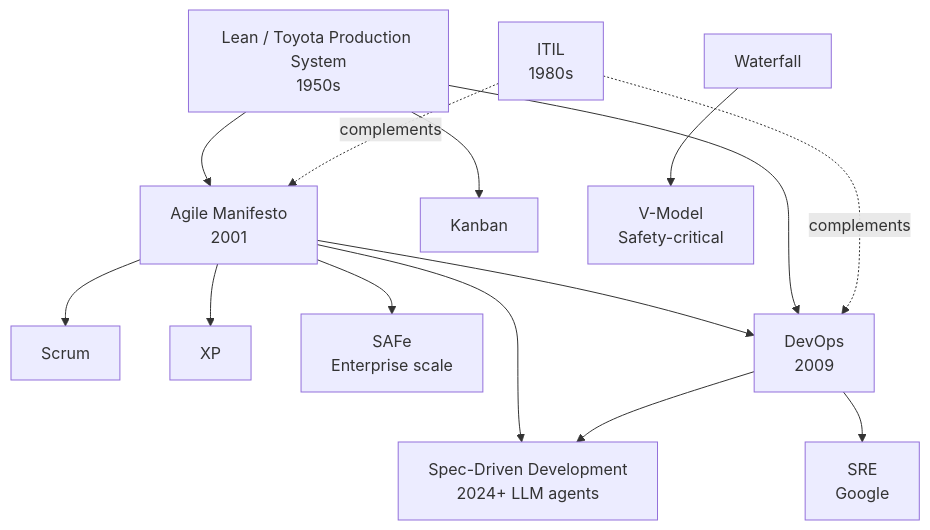
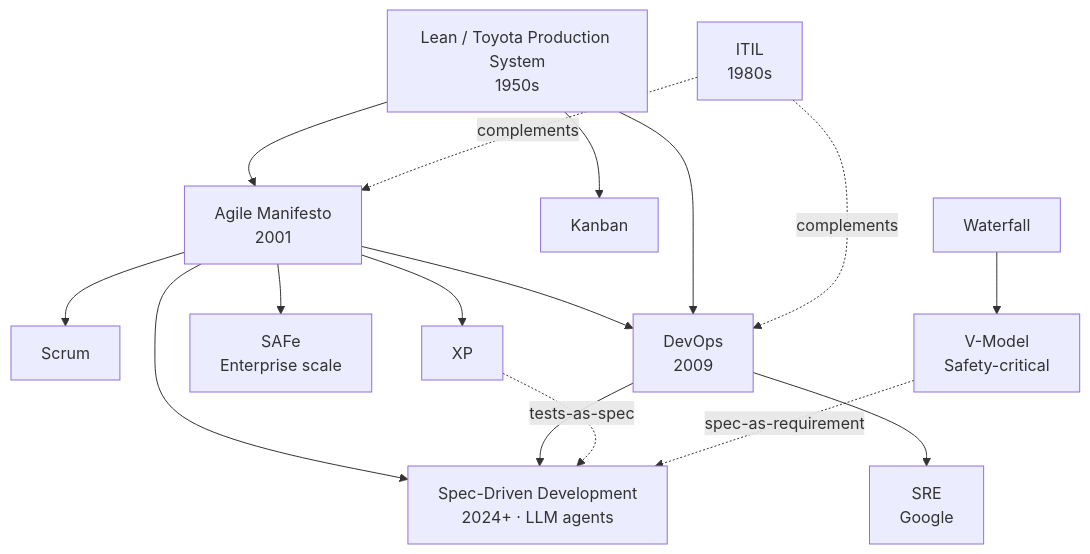
The diagram in README.md (italosalgado14/methodology-cheatsheets), drawn with Mermaid before and after one commit. The commit also changed other lines of this file, not shown here.

Commit message:
Add SDD to readme

````diff
--- a/README.md
+++ b/README.md
@@ -30,16 +32,18 @@
 ```mermaid
 flowchart TB
     Lean[Lean / Toyota Production System<br/>1950s] --> Agile[Agile Manifesto<br/>2001]
     Lean --> Kanban[Kanban]
     Agile --> Scrum[Scrum]
     Agile --> XP[XP]
     Agile --> SAFe[SAFe<br/>Enterprise scale]
     Agile --> DevOps[DevOps<br/>2009]
     Lean --> DevOps
     DevOps --> SRE[SRE<br/>Google]
     ITIL[ITIL<br/>1980s] -.complements.-> DevOps
     ITIL -.complements.-> Agile
     Waterfall[Waterfall] --> VModel[V-Model<br/>Safety-critical]
-    Agile --> SDD[Spec-Driven Development<br/>2024+ LLM agents]
+    Agile --> SDD[Spec-Driven Development<br/>2024+ · LLM agents]
     DevOps --> SDD
+    XP -.tests-as-spec.-> SDD
+    VModel -.spec-as-requirement.-> SDD
 ```
````
